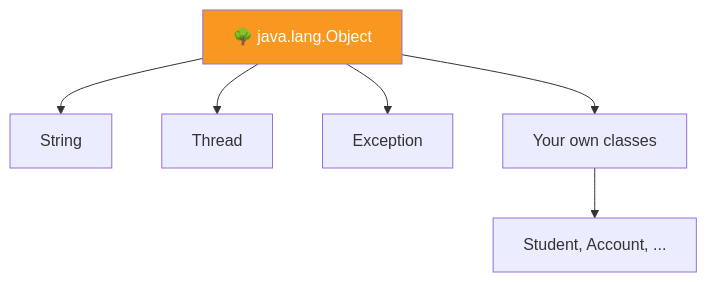
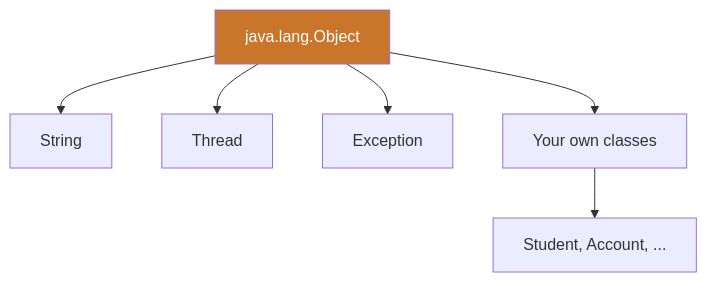
The first of 2 diagrams in src/Theory/06-OOPS-Part-2/08-Object-Class.md (kundankumarsharma56/Leaning-Java), drawn with Mermaid before and after one commit. The commit also changed other lines of this file and 84 other files, not shown here.

````diff
--- a/src/Theory/06-OOPS-Part-2/08-Object-Class.md
+++ b/src/Theory/06-OOPS-Part-2/08-Object-Class.md
@@ -21,9 +21,9 @@
 ```mermaid
 flowchart TD
-    O["🌳 java.lang.Object"] --> S["String"]
+    O["java.lang.Object"] --> S["String"]
     O --> T["Thread"]
     O --> E["Exception"]
     O --> U["Your own classes"]
     U --> U2["Student, Account, ..."]
-    style O fill:#f89820,color:#fff
+    style O fill:#c9762a,color:#fff
 ```
````
